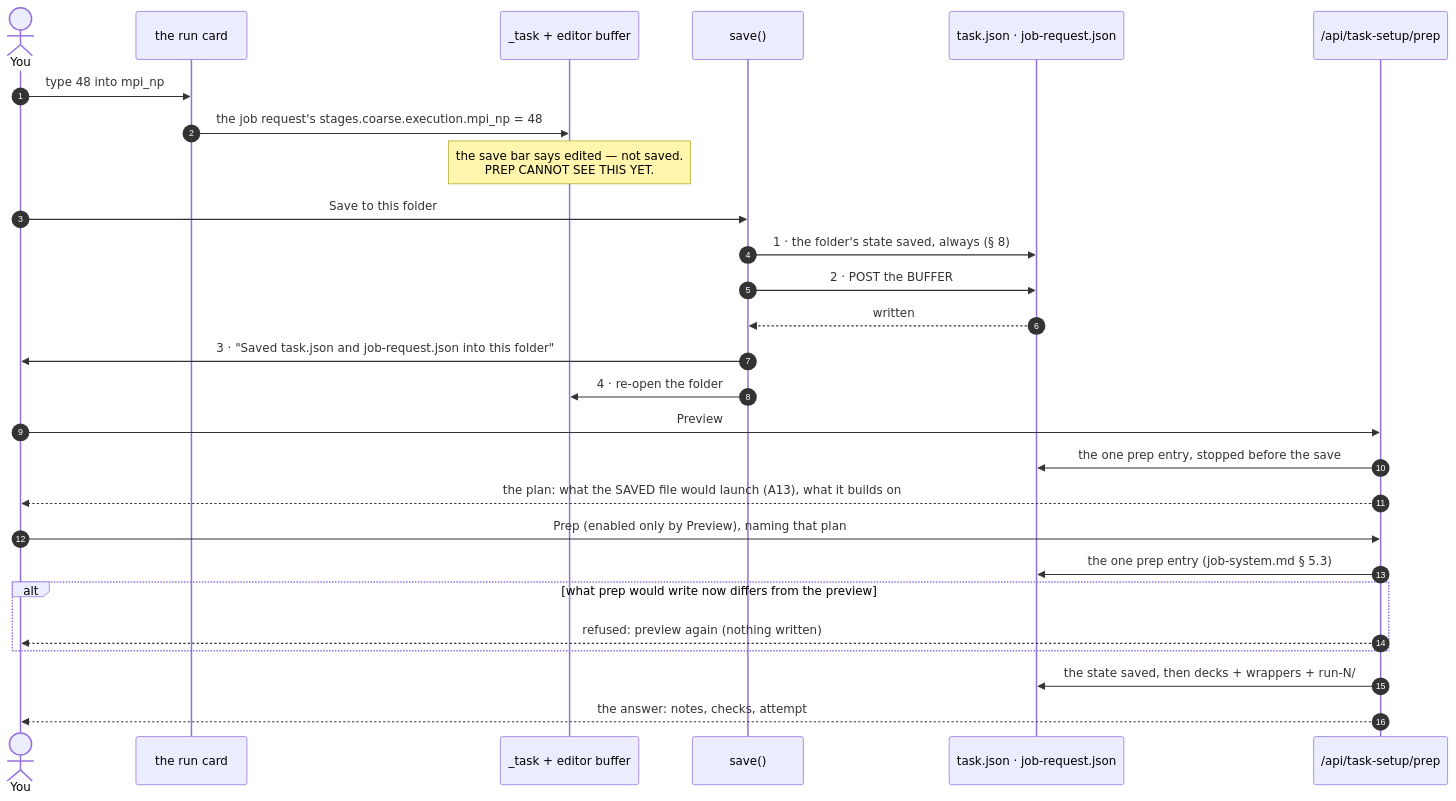
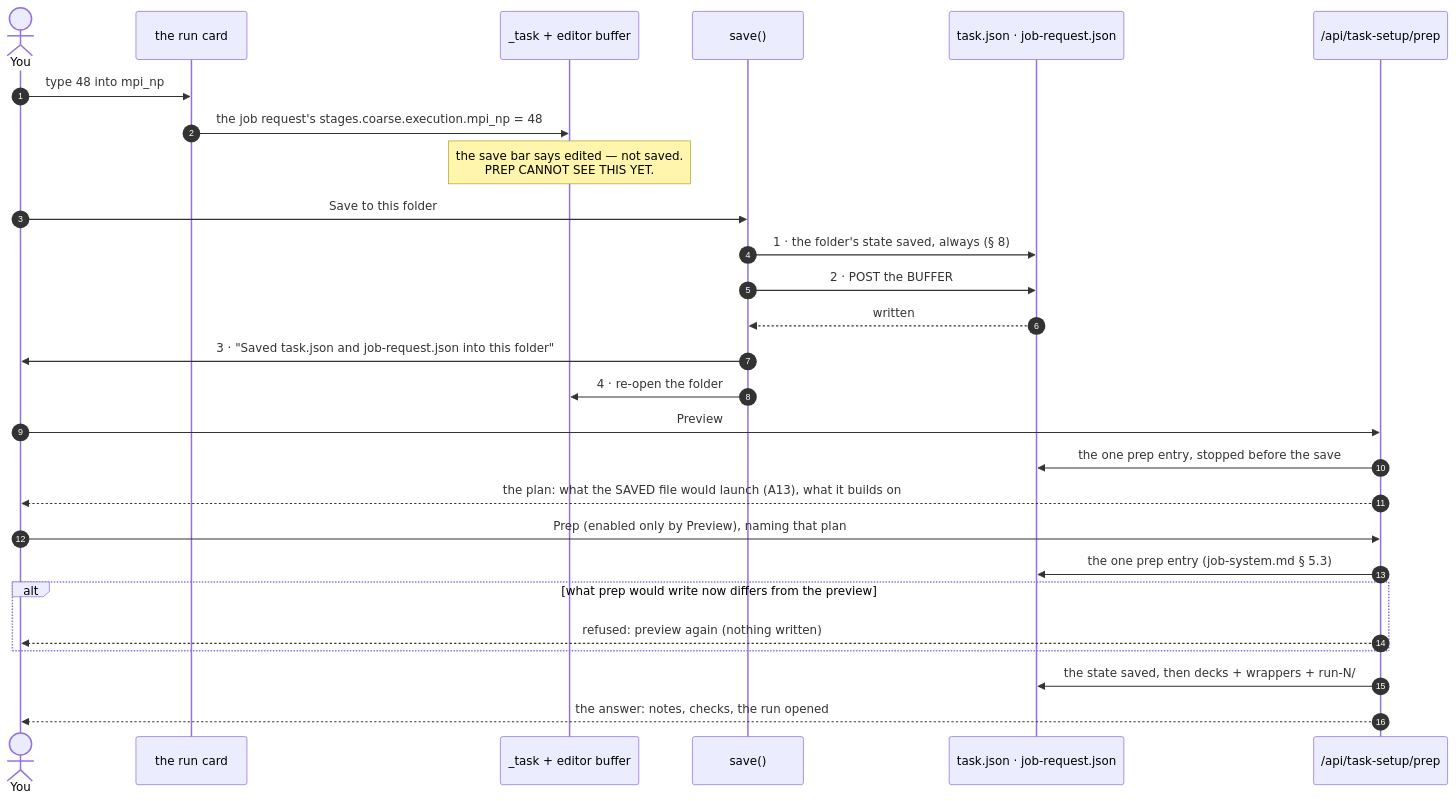
The diagram in docs/web/task-setup.md (Qing-LAB/molbuilder), drawn with Mermaid before and after one commit. The commit also changed other lines of this file and 193 other files, not shown here.

````diff
--- a/docs/web/task-setup.md
+++ b/docs/web/task-setup.md
@@ -1024,32 +992,32 @@
 ```mermaid
 sequenceDiagram
     autonumber
     actor You
     participant Card as the run card
     participant Model as _task + editor buffer
     participant Save as save()
     participant Disk as task.json · job-request.json
     participant Prep as /api/task-setup/prep
 
     You->>Card: type 48 into mpi_np
     Card->>Model: the job request's stages.coarse.execution.mpi_np = 48
     Note over Model: the save bar says edited — not saved.<br/>PREP CANNOT SEE THIS YET.
 
     You->>Save: Save to this folder
     Save->>Disk: 1 · the folder's state saved, always (§ 8)
     Save->>Disk: 2 · POST the BUFFER
     Disk-->>Save: written
     Save->>You: 3 · "Saved task.json and job-request.json into this folder"
     Save->>Model: 4 · re-open the folder
 
     You->>Prep: Preview
     Prep->>Disk: the one prep entry, stopped before the save
     Prep-->>You: the plan: what the SAVED file would launch (A13), what it builds on
     You->>Prep: Prep (enabled only by Preview), naming that plan
     Prep->>Disk: the one prep entry (job-system.md § 5.3)
     alt what prep would write now differs from the preview
       Prep-->>You: refused: preview again (nothing written)
     end
     Prep->>Disk: the state saved, then decks + wrappers + run-N/
-    Prep-->>You: the answer: notes, checks, attempt
+    Prep-->>You: the answer: notes, checks, the run opened
 ```
````
